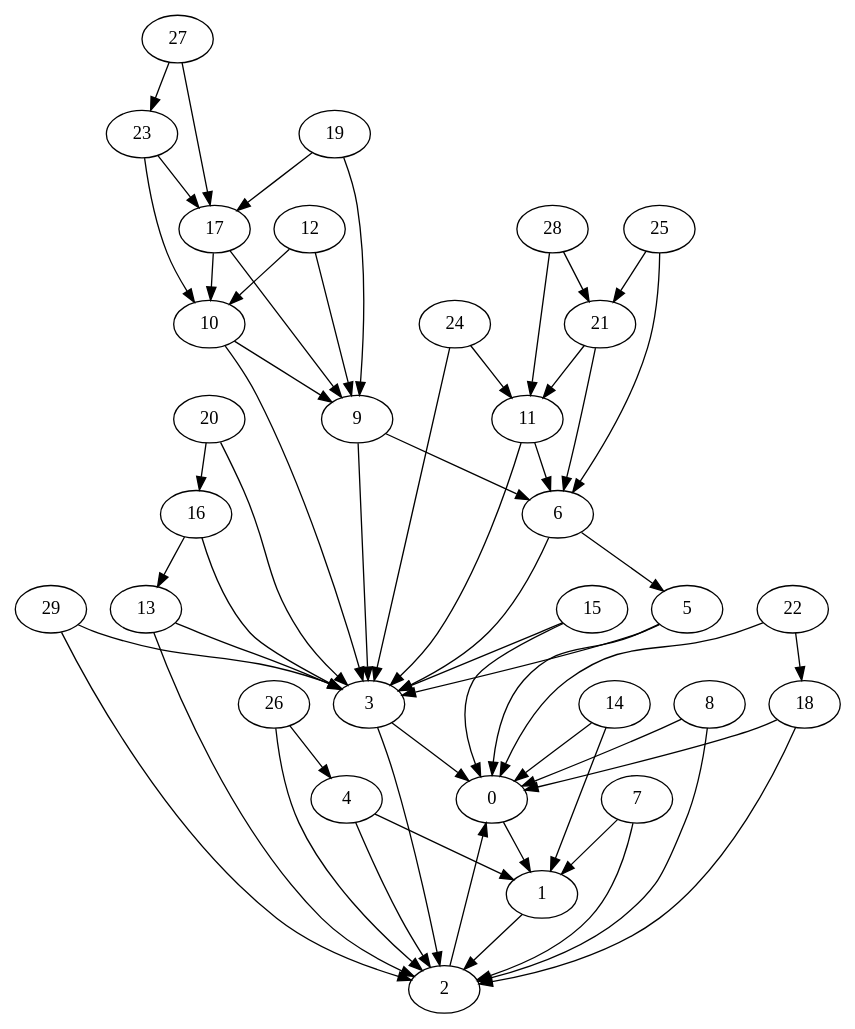
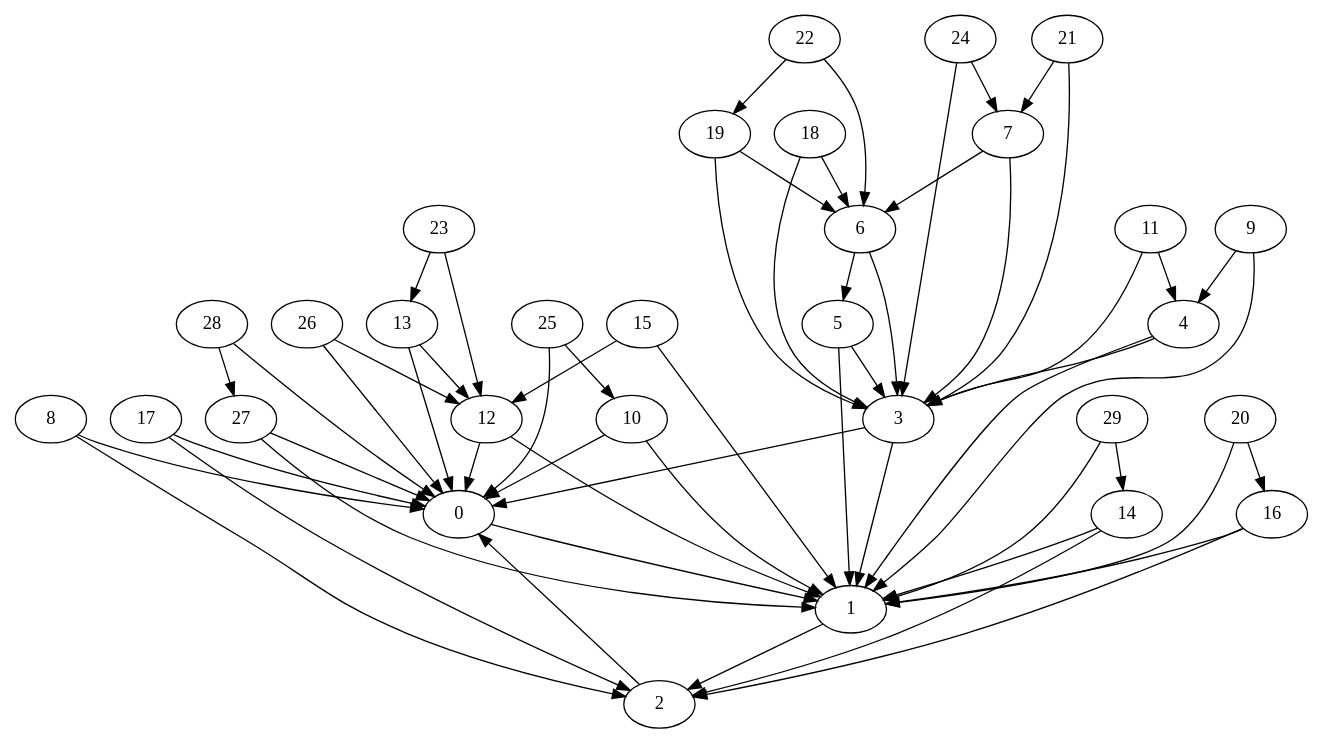
One commit to ablarry/pygraph changed the diagram in images/gv/Dorogovtsev_directed_30.gv. Above: the diagram before and after it, drawn with Graphviz. The commit also changed 19 other files, not shown here.

```diff
--- a/images/gv/Dorogovtsev_directed_30.gv
+++ b/images/gv/Dorogovtsev_directed_30.gv
@@ -1,89 +1,89 @@
 digraph {
 	0 [label=0]
 	1 [label=1]
 	2 [label=2]
 	3 [label=3]
 	4 [label=4]
 	5 [label=5]
 	6 [label=6]
 	7 [label=7]
 	8 [label=8]
 	9 [label=9]
 	10 [label=10]
 	11 [label=11]
 	12 [label=12]
 	13 [label=13]
 	14 [label=14]
 	15 [label=15]
 	16 [label=16]
 	17 [label=17]
 	18 [label=18]
 	19 [label=19]
 	20 [label=20]
 	21 [label=21]
 	22 [label=22]
 	23 [label=23]
 	24 [label=24]
 	25 [label=25]
 	26 [label=26]
 	27 [label=27]
 	28 [label=28]
 	29 [label=29]
 	0 -> 1
 	1 -> 2
 	2 -> 0
-	3 -> 2
 	3 -> 0
+	3 -> 1
+	4 -> 3
 	4 -> 1
-	4 -> 2
 	5 -> 3
-	5 -> 0
+	5 -> 1
 	6 -> 5
 	6 -> 3
-	7 -> 1
-	7 -> 2
+	7 -> 6
+	7 -> 3
 	8 -> 2
 	8 -> 0
-	9 -> 6
-	9 -> 3
-	10 -> 9
-	10 -> 3
-	11 -> 6
+	9 -> 4
+	9 -> 1
+	10 -> 0
+	10 -> 1
+	11 -> 4
 	11 -> 3
-	12 -> 10
-	12 -> 9
-	13 -> 3
-	13 -> 2
-	14 -> 0
+	12 -> 0
+	12 -> 1
+	13 -> 12
+	13 -> 0
 	14 -> 1
-	15 -> 3
-	15 -> 0
-	16 -> 13
-	16 -> 3
-	17 -> 10
-	17 -> 9
-	18 -> 2
-	18 -> 0
-	19 -> 17
-	19 -> 9
+	14 -> 2
+	15 -> 12
+	15 -> 1
+	16 -> 1
+	16 -> 2
+	17 -> 2
+	17 -> 0
+	18 -> 6
+	18 -> 3
+	19 -> 6
+	19 -> 3
 	20 -> 16
-	20 -> 3
-	21 -> 11
-	21 -> 6
-	22 -> 18
-	22 -> 0
-	23 -> 17
-	23 -> 10
-	24 -> 11
+	20 -> 1
+	21 -> 7
+	21 -> 3
+	22 -> 19
+	22 -> 6
+	23 -> 13
+	23 -> 12
+	24 -> 7
 	24 -> 3
-	25 -> 21
-	25 -> 6
-	26 -> 4
-	26 -> 2
-	27 -> 23
-	27 -> 17
-	28 -> 21
-	28 -> 11
-	29 -> 3
-	29 -> 2
+	25 -> 10
+	25 -> 0
+	26 -> 12
+	26 -> 0
+	27 -> 0
+	27 -> 1
+	28 -> 27
+	28 -> 0
+	29 -> 14
+	29 -> 1
 }
```
